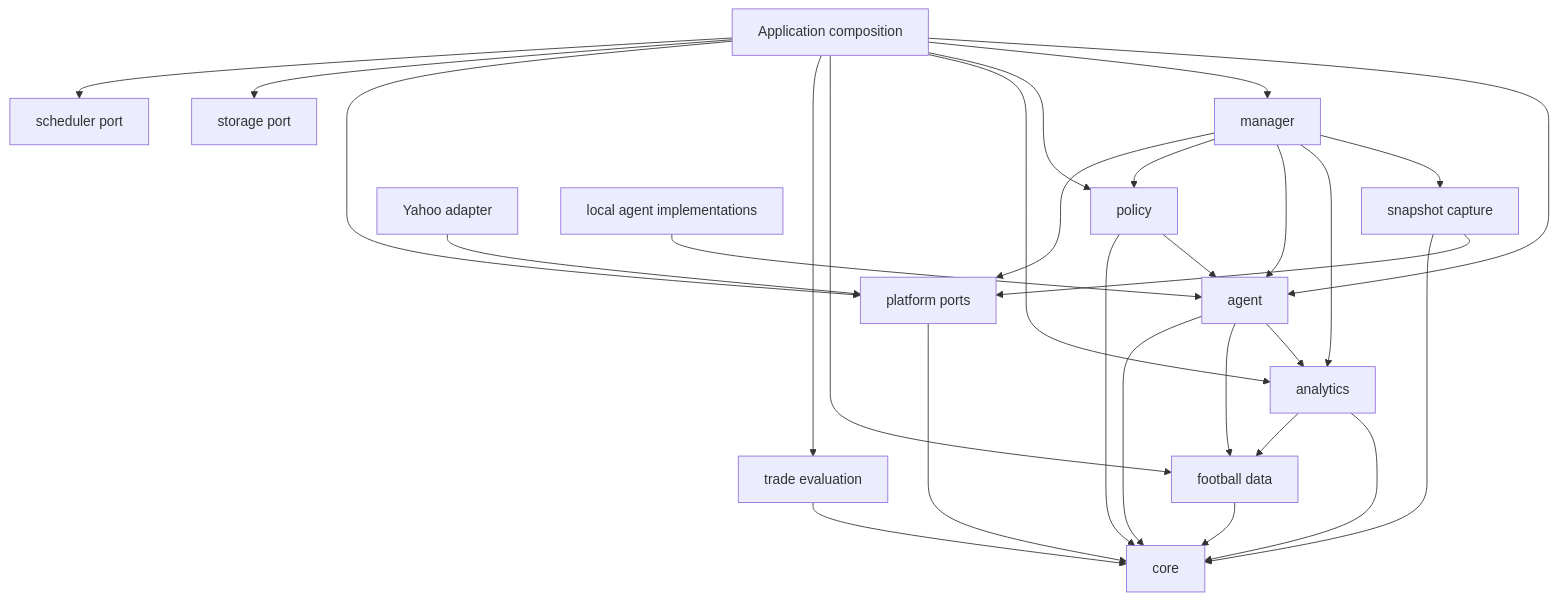
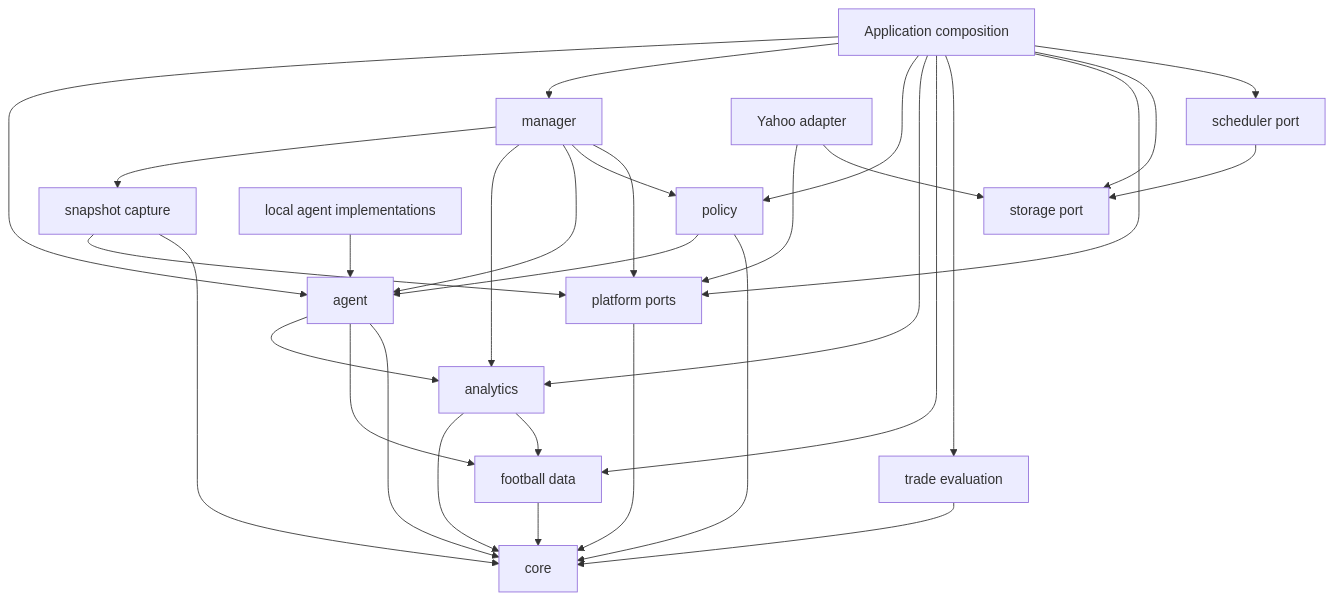
Before and after one commit to spencer-dye/eggbot: the diagram in docs/ARCHITECTURE.md, drawn with Mermaid. The commit also changed other lines of this file and 35 other files, not shown here.

````diff
--- a/docs/ARCHITECTURE.md
+++ b/docs/ARCHITECTURE.md
@@ -28,31 +28,33 @@
 ```mermaid
 flowchart TD
   CLI[Application composition] --> A[agent]
   CLI --> M[manager]
   CLI --> P[policy]
   CLI --> N[analytics]
   CLI --> F[football data]
   CLI --> T[trade evaluation]
   CLI --> FP[platform ports]
   CLI --> S[storage port]
   CLI --> J[scheduler port]
   Y[Yahoo adapter] --> FP
+  Y --> S
   AL[local agent implementations] --> A
   M --> LS
   M --> N
   M --> A
   M --> P
   M --> FP
   LS[snapshot capture] --> FP
   LS --> C
   A --> N
   A --> F
   A --> C[core]
   P --> A
   P --> C
   N --> C
   N --> F
   F --> C
   T --> C
   FP --> C
+  J --> S
 ```
````
